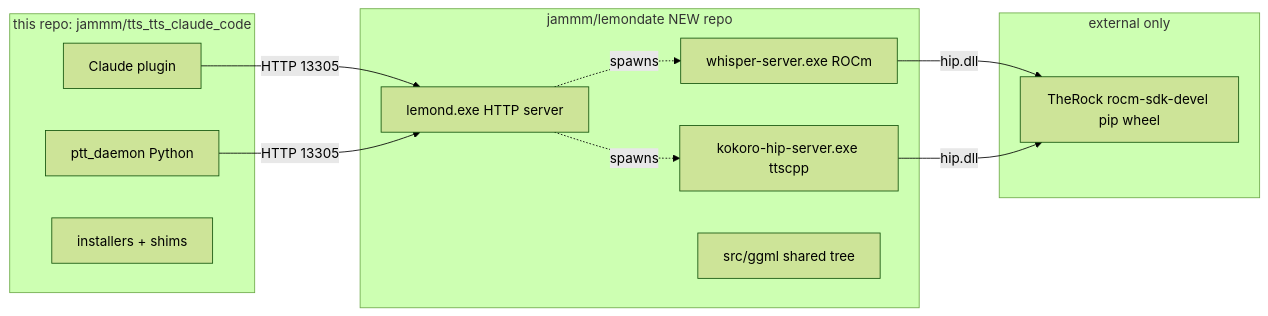
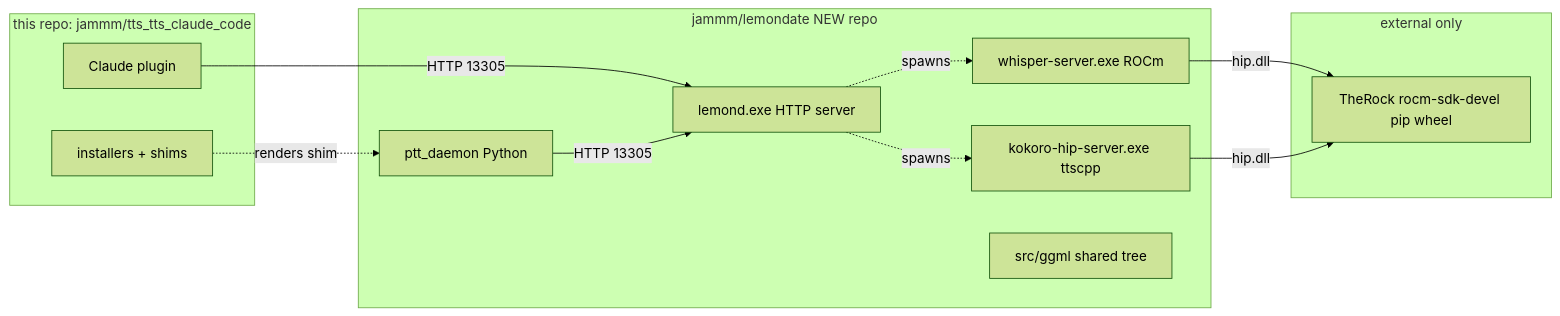
One commit to jammm/tts_tts_claude_code changed the first of 2 diagrams in plans/lemondate-monorepo-split.md. Above: the diagram before and after it, drawn with Mermaid (forest theme). The commit also changed other lines of this file, not shown here.

First line of the commit message:
Move PTT daemon into lemondate in the monorepo split plan

````diff
--- a/plans/lemondate-monorepo-split.md
+++ b/plans/lemondate-monorepo-split.md
@@ -18,26 +19,27 @@
 ```mermaid
 graph LR
     subgraph this [this repo: jammm/tts_tts_claude_code]
         plugin[Claude plugin]
-        ptt[ptt_daemon Python]
         installer[installers + shims]
     end
 
     subgraph lemondate [jammm/lemondate NEW repo]
         lemond[lemond.exe HTTP server]
         whisper_exe[whisper-server.exe ROCm]
         kokoro_exe[kokoro-hip-server.exe ttscpp]
         shared_ggml[src/ggml shared tree]
+        ptt[ptt_daemon Python]
     end
 
     subgraph external [external only]
         therock[TheRock rocm-sdk-devel pip wheel]
     end
 
+    installer -.renders shim.-> ptt
     plugin -->|HTTP 13305| lemond
     ptt -->|HTTP 13305| lemond
     lemond -.spawns.-> whisper_exe
     lemond -.spawns.-> kokoro_exe
     whisper_exe -->|hip.dll| therock
     kokoro_exe -->|hip.dll| therock
 ```
````
